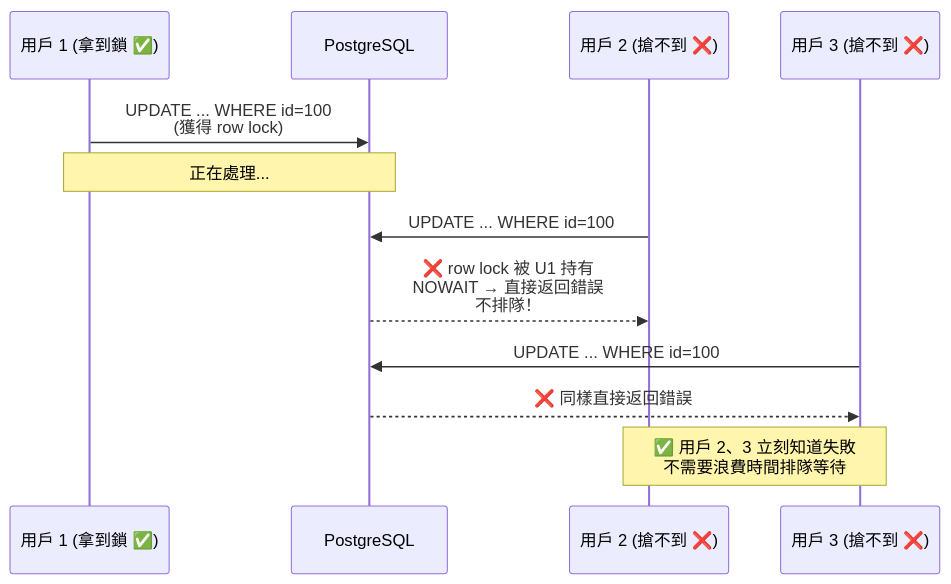
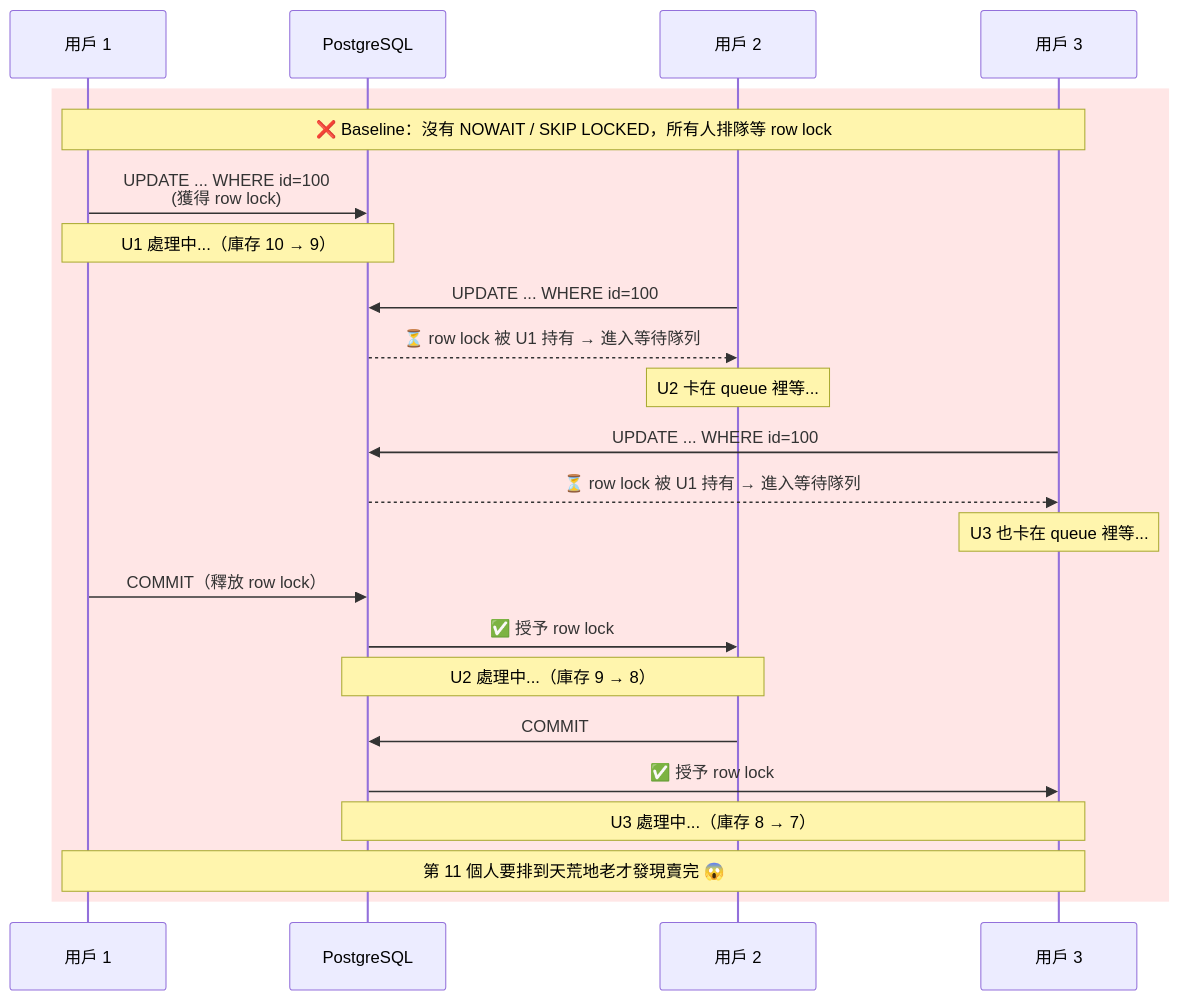
One commit to henry-tpwong/postgresql_note changed diagram 18 of 30 in lock/PostgreSQL_Lock.md. Above: the diagram before and after it, drawn with Mermaid. The commit also changed other lines of this file, not shown here.

First line of the commit message:
docs(lock): 全面重构 PostgreSQL Lock 指南，新增行锁/表锁/NET8 等章节

````diff
--- a/lock/PostgreSQL_Lock.md
+++ b/lock/PostgreSQL_Lock.md
@@ -923,18 +1321,31 @@
 ```mermaid
 sequenceDiagram
-    participant U1 as 用戶 1 (拿到鎖 ✅)
+    participant U1 as 用戶 1
     participant DB as PostgreSQL
-    participant U2 as 用戶 2 (搶不到 ❌)
-    participant U3 as 用戶 3 (搶不到 ❌)
+    participant U2 as 用戶 2
+    participant U3 as 用戶 3
+
+    rect rgb(255, 230, 230)
+    Note over U1,U3: ❌ Baseline：沒有 NOWAIT / SKIP LOCKED，所有人排隊等 row lock
 
     U1->>DB: UPDATE ... WHERE id=100<br/>(獲得 row lock)
-    Note over U1,DB: 正在處理...
+    Note over U1,DB: U1 處理中...（庫存 10 → 9）
 
     U2->>DB: UPDATE ... WHERE id=100
-    DB-->>U2: ❌ row lock 被 U1 持有<br/>NOWAIT → 直接返回錯誤<br/>不排隊！
+    DB-->>U2: ⏳ row lock 被 U1 持有 → 進入等待隊列
+    Note over U2: U2 卡在 queue 裡等...
 
     U3->>DB: UPDATE ... WHERE id=100
-    DB-->>U3: ❌ 同樣直接返回錯誤
+    DB-->>U3: ⏳ row lock 被 U1 持有 → 進入等待隊列
+    Note over U3: U3 也卡在 queue 裡等...
 
-    Note over U2,U3: ✅ 用戶 2、3 立刻知道失敗<br/>不需要浪費時間排隊等待
+    U1->>DB: COMMIT（釋放 row lock）
+    DB->>U2: ✅ 授予 row lock
+    Note over U2,DB: U2 處理中...（庫存 9 → 8）
+    U2->>DB: COMMIT
+    DB->>U3: ✅ 授予 row lock
+    Note over U3,DB: U3 處理中...（庫存 8 → 7）
+
+    Note over U1,U3: 第 11 個人要排到天荒地老才發現賣完 😱
+    end
 ```
````
